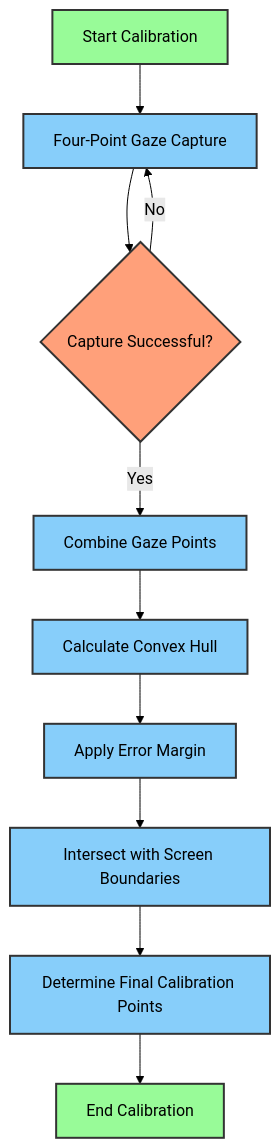
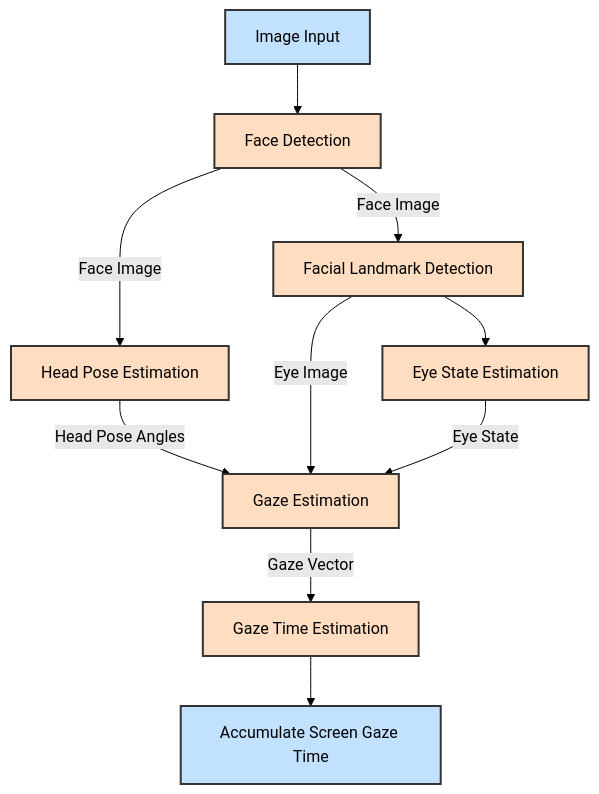
The second of 2 diagrams in docs/BLOG_DRAFT.md (inbasperu/VisionGuard), drawn with Mermaid (forest theme) before and after one commit. The commit also changed other lines of this file and 3 other files, not shown here.

````diff
--- a/docs/BLOG_DRAFT.md
+++ b/docs/BLOG_DRAFT.md
@@ -133,22 +109,22 @@
 ```mermaid
 graph TD
-    A[Start Calibration] --> B[Four-Point Gaze Capture]
-    B --> C{Capture Successful?}
-    C -->|Yes| D[Combine Gaze Points]
-    C -->|No| B
-    D --> E[Calculate Convex Hull]
-    E --> F[Apply Error Margin]
-    F --> G[Intersect with Screen Boundaries]
-    G --> H[Determine Final Calibration Points]
-    H --> I[End Calibration]
+A[Image Input] --> B[Face Detection]
+B --> |Face Image| C[Facial Landmark Detection]
+B --> |Face Image| D[Head Pose Estimation]
+C --> E[Eye State Estimation]
+D --> |Head Pose Angles| F[Gaze Estimation]
+C --> |Eye Image| F
+E --> |Eye State| F
+F --> |Gaze Vector|G[Gaze Time Estimation]
+G -->  H[Accumulate Screen Gaze Time]
 
-    style A fill:#98FB98,stroke:#333,stroke-width:2px
-    style B fill:#87CEFA,stroke:#333,stroke-width:2px
-    style C fill:#FFA07A,stroke:#333,stroke-width:2px
-    style D fill:#87CEFA,stroke:#333,stroke-width:2px
-    style E fill:#87CEFA,stroke:#333,stroke-width:2px
-    style F fill:#87CEFA,stroke:#333,stroke-width:2px
-    style G fill:#87CEFA,stroke:#333,stroke-width:2px
-    style H fill:#87CEFA,stroke:#333,stroke-width:2px
-    style I fill:#98FB98,stroke:#333,stroke-width:2px
+style B fill:#FFDDC1,stroke:#333,stroke-width:2px
+style C fill:#FFDDC1,stroke:#333,stroke-width:2px
+style D fill:#FFDDC1,stroke:#333,stroke-width:2px
+style E fill:#FFDDC1,stroke:#333,stroke-width:2px
+style F fill:#FFDDC1,stroke:#333,stroke-width:2px
+style G fill:#FFDDC1,stroke:#333,stroke-width:2px
+
+style A fill:#C1E1FF,stroke:#333,stroke-width:2px
+style H fill:#C1E1FF,stroke:#333,stroke-width:2px
 ```
````
